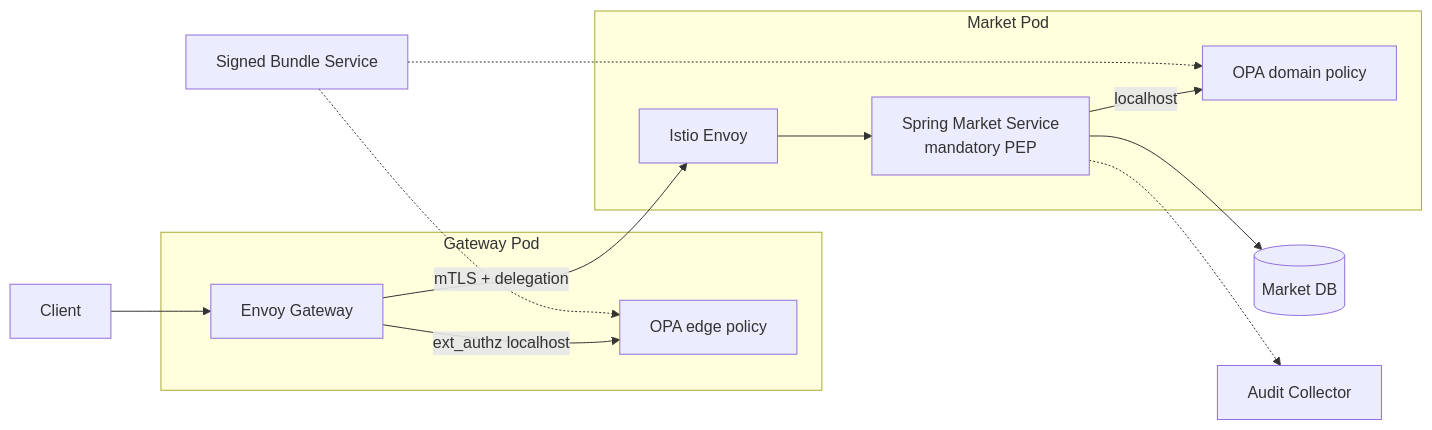
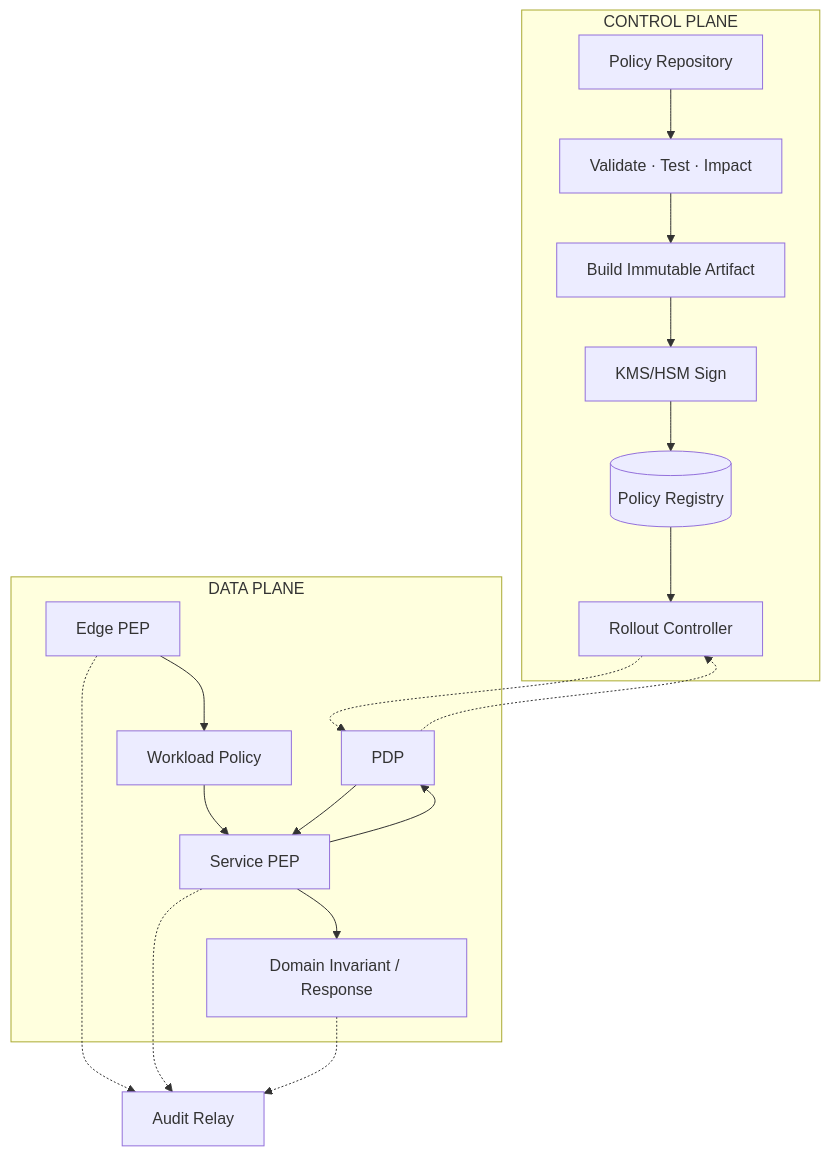
One commit to huynv-xyz/vhm changed the second of 9 diagrams in zero-trust.md. Above: the diagram before and after it, drawn with Mermaid. The commit also changed other lines of this file, not shown here.

````diff
--- a/zero-trust.md
+++ b/zero-trust.md
@@ -470,25 +242,24 @@
 ```mermaid
-flowchart LR
-    C[Client] --> G
-
-    subgraph GP[Gateway Pod]
-        G[Envoy Gateway]
-        GO[OPA edge policy]
-        G -->|ext_authz localhost| GO
+flowchart TB
+    subgraph CP[CONTROL PLANE]
+      G[Policy Repository] --> V[Validate · Test · Impact]
+      V --> B[Build Immutable Artifact]
+      B --> K[KMS/HSM Sign]
+      K --> R[(Policy Registry)]
+      R --> O[Rollout Controller]
     end
 
-    G -->|mTLS + delegation| E
-
-    subgraph MP[Market Pod]
-        E[Istio Envoy]
-        S[Spring Market Service<br/>mandatory PEP]
-        P[OPA domain policy]
-        E --> S
-        S -->|localhost| P
+    subgraph DP[DATA PLANE]
+      E[Edge PEP] --> W[Workload Policy]
+      W --> S[Service PEP]
+      S --> P[PDP]
+      P --> S
+      S --> X[Domain Invariant / Response]
     end
 
-    S --> DB[(Market DB)]
-    S -.-> AC[Audit Collector]
-    B[Signed Bundle Service] -.-> GO
-    B -.-> P
+    O -.-> P
+    P -.-> O
+    E -.-> A[Audit Relay]
+    S -.-> A
+    X -.-> A
 ```
````
